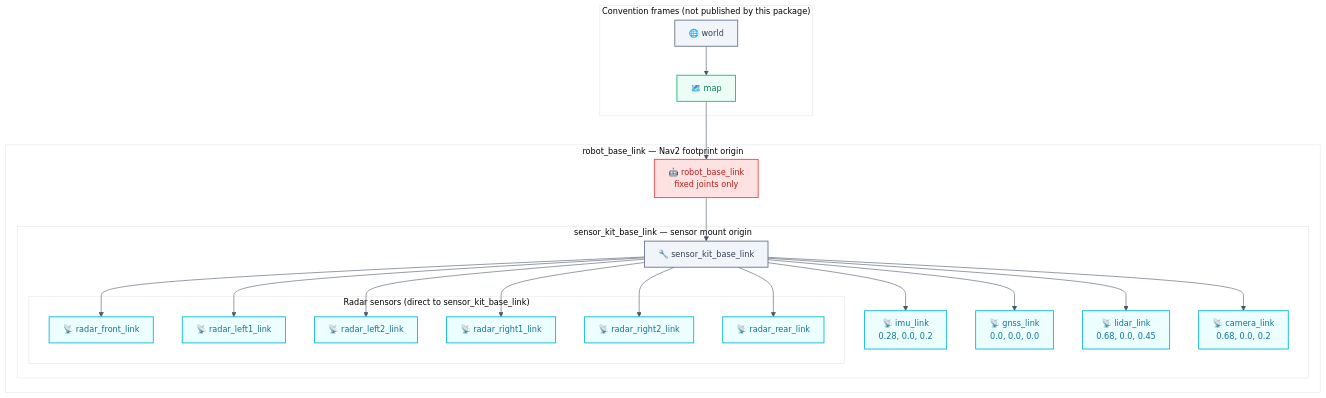
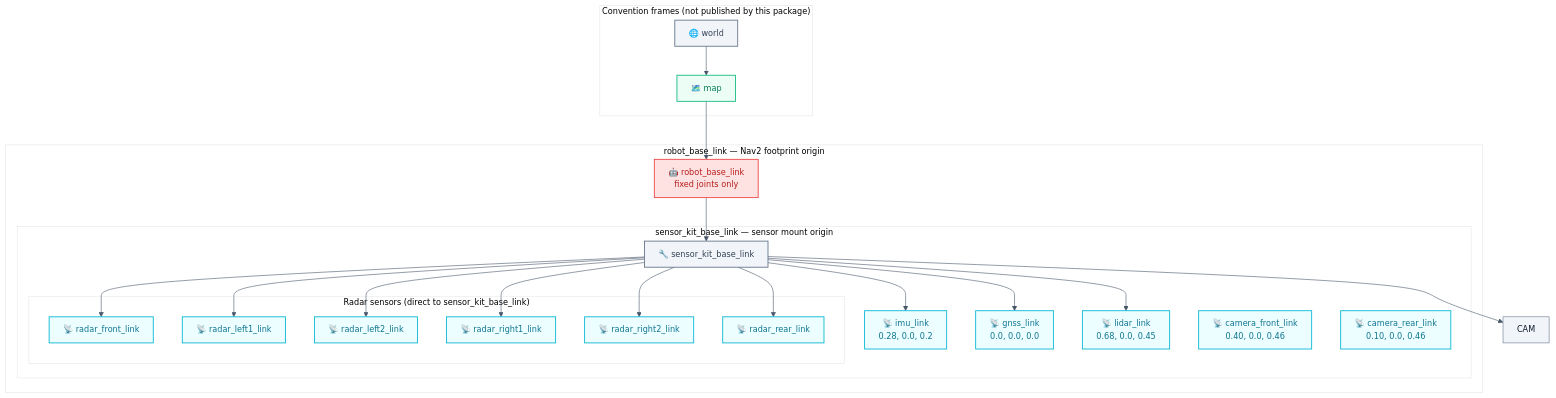
The fourth of 4 diagrams in camrod_sensor_kit/README.md (hwanhonglee/CAMROD), drawn with Mermaid before and after one commit. The commit also changed 4 other files, not shown here.

````diff
--- a/camrod_sensor_kit/README.md
+++ b/camrod_sensor_kit/README.md
@@ -142,37 +142,38 @@
 ```mermaid
 %%{init: {'theme': 'base', 'themeVariables': {'fontFamily': 'ui-sans-serif, system-ui, sans-serif', 'fontSize': '14px', 'primaryColor': '#F1F5F9', 'primaryTextColor': '#0F172A', 'primaryBorderColor': '#64748B', 'lineColor': '#475569'}, 'flowchart': {'curve': 'basis', 'htmlLabels': true, 'padding': 12}}}%%
 graph TD
   subgraph CONV["Convention frames (not published by this package)"]
     WORLD[🌐 world]:::system
     MAP[🗺️ map]:::localization
   end
   subgraph ROBOT["robot_base_link — Nav2 footprint origin"]
     BASE[🤖 robot_base_link\nfixed joints only]:::platform
     subgraph SKIT["sensor_kit_base_link — sensor mount origin"]
       SKB[🔧 sensor_kit_base_link]:::system
       IMU[📡 imu_link\n0.28, 0.0, 0.2]:::sensing
       GNSS[📡 gnss_link\n0.0, 0.0, 0.0]:::sensing
       LIDAR[📡 lidar_link\n0.68, 0.0, 0.45]:::sensing
-      CAM[📡 camera_link\n0.68, 0.0, 0.2]:::sensing
+      CAMF[📡 camera_front_link\n0.40, 0.0, 0.46]:::sensing
+      CAMR[📡 camera_rear_link\n0.10, 0.0, 0.46]:::sensing
       subgraph RADAR["Radar sensors (direct to sensor_kit_base_link)"]
         RF[📡 radar_front_link]:::sensing
         RL1[📡 radar_left1_link]:::sensing
         RL2[📡 radar_left2_link]:::sensing
         RR1[📡 radar_right1_link]:::sensing
         RR2[📡 radar_right2_link]:::sensing
         RR[📡 radar_rear_link]:::sensing
       end
     end
   end
 
   WORLD --> MAP
   MAP --> BASE
   BASE --> SKB
   SKB --> IMU & GNSS & LIDAR & CAM
   SKB --> RF & RL1 & RL2 & RR1 & RR2 & RR
 
   classDef sensing      fill:#ECFEFF,stroke:#06B6D4,stroke-width:1.5px,color:#0E7490;
   classDef localization fill:#ECFDF5,stroke:#10B981,stroke-width:1.5px,color:#047857;
   classDef platform     fill:#FEE2E2,stroke:#EF4444,stroke-width:1.5px,color:#B91C1C;
   classDef system       fill:#F1F5F9,stroke:#64748B,stroke-width:1.5px,color:#334155;
 ```
````
